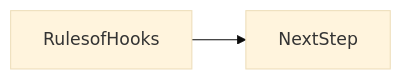
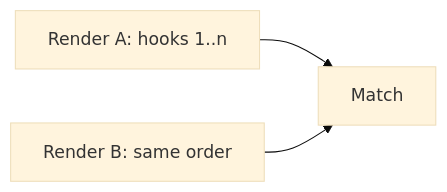
Before and after one commit to OmidJavaherii/Frontend-Engineering-Handbook: the second of 2 diagrams in docs/en/10-react/rules-of-hooks/index.md, drawn with Mermaid (base theme). The commit also changed other lines of this file and 461 other files, not shown here.

````diff
--- a/docs/en/10-react/rules-of-hooks/index.md
+++ b/docs/en/10-react/rules-of-hooks/index.md
@@ -96,4 +112,5 @@
 ```mermaid
 flowchart LR
-  concept[RulesofHooks] --> nextStep[NextStep]
+  R1[Render A: hooks 1..n] --> Match
+  R2[Render B: same order] --> Match
 ```
````
